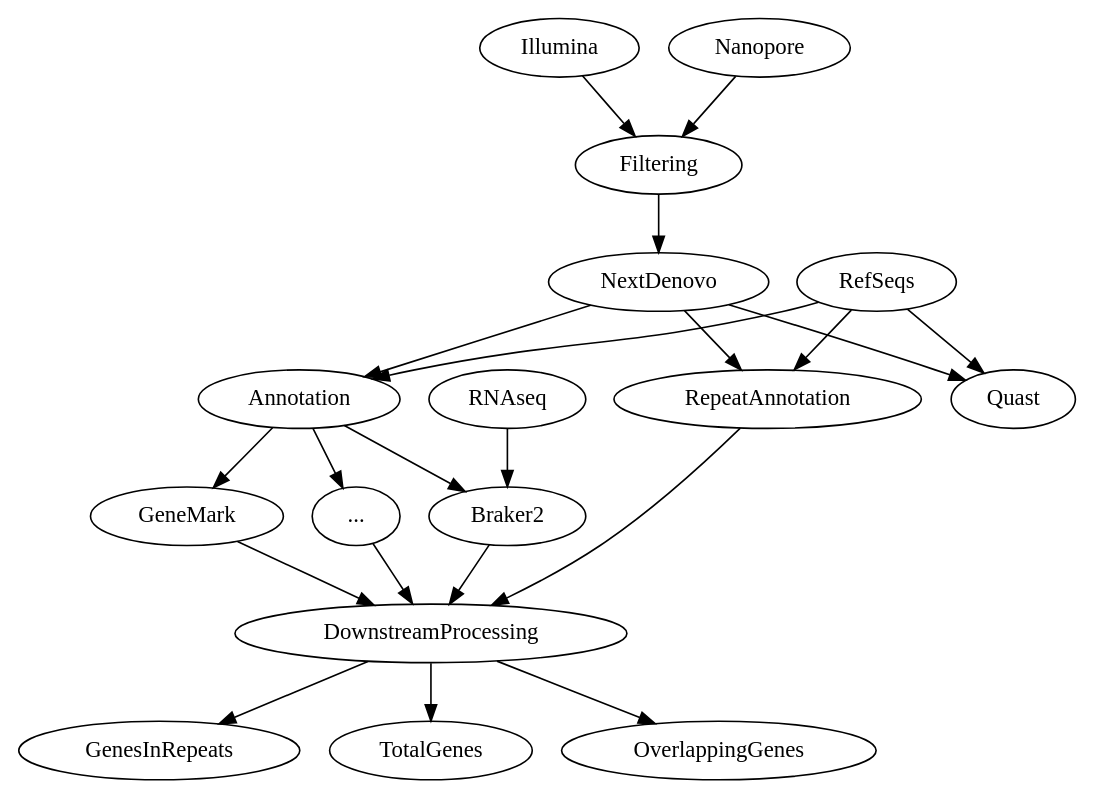
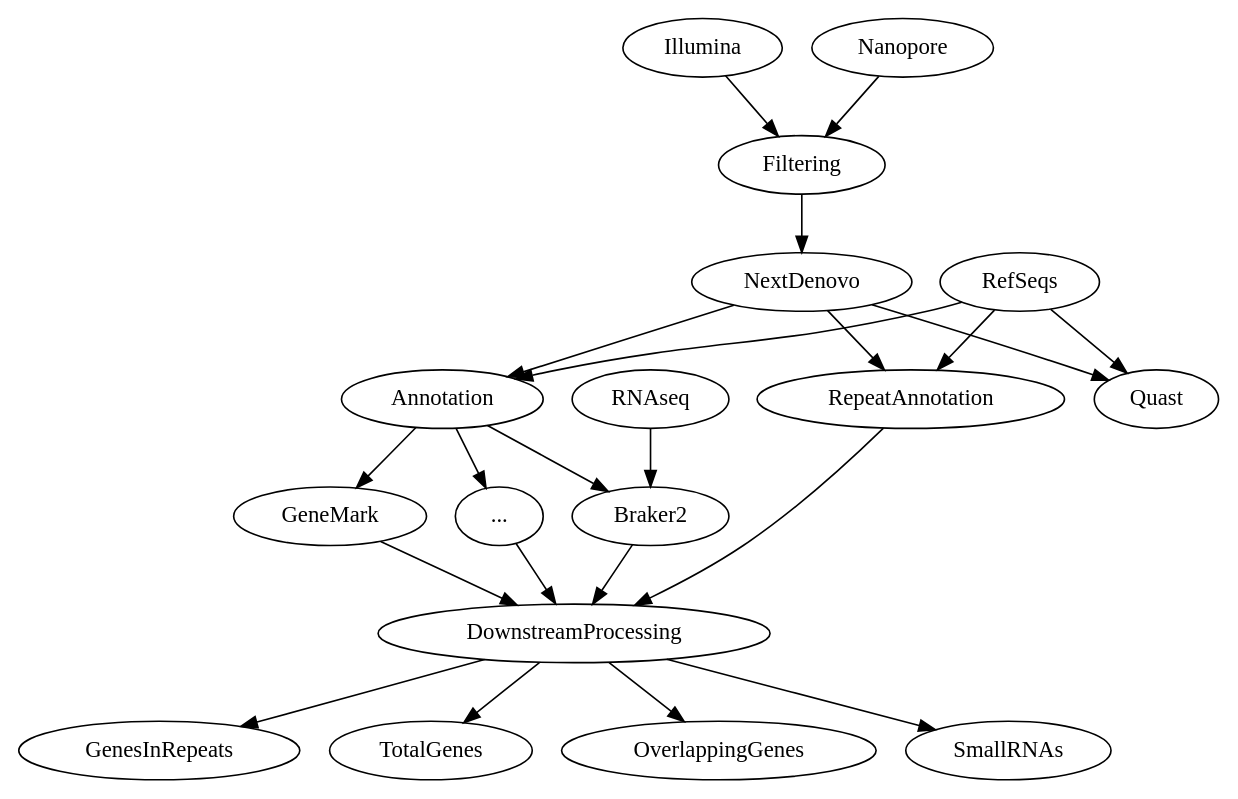
One commit to cbe453/masters changed the diagram in data-flowchart.dot. Above: the diagram before and after it, drawn with Graphviz. The commit also changed 1 other file, not shown here.

```diff
--- a/data-flowchart.dot
+++ b/data-flowchart.dot
@@ -1,22 +1,23 @@
 digraph {
 	Illumina -> Filtering;
 	Nanopore -> Filtering;
 	Annotation -> Braker2;
 	Annotation -> GeneMark
 	Filtering -> NextDenovo;
 	NextDenovo -> Annotation;
 	RefSeqs -> Annotation;
 	Annotation -> "...";
 	"..." -> DownstreamProcessing;
 	RNAseq -> Braker2;
 	RefSeqs -> RepeatAnnotation;
 	NextDenovo -> RepeatAnnotation;
 	GeneMark -> DownstreamProcessing;
 	Braker2 -> DownstreamProcessing;
 	RepeatAnnotation -> DownstreamProcessing;
 	RefSeqs -> Quast;
 	NextDenovo -> Quast;
 	DownstreamProcessing -> GenesInRepeats;
 	DownstreamProcessing -> TotalGenes;
 	DownstreamProcessing -> OverlappingGenes;
+	DownstreamProcessing -> SmallRNAs
 }
```
